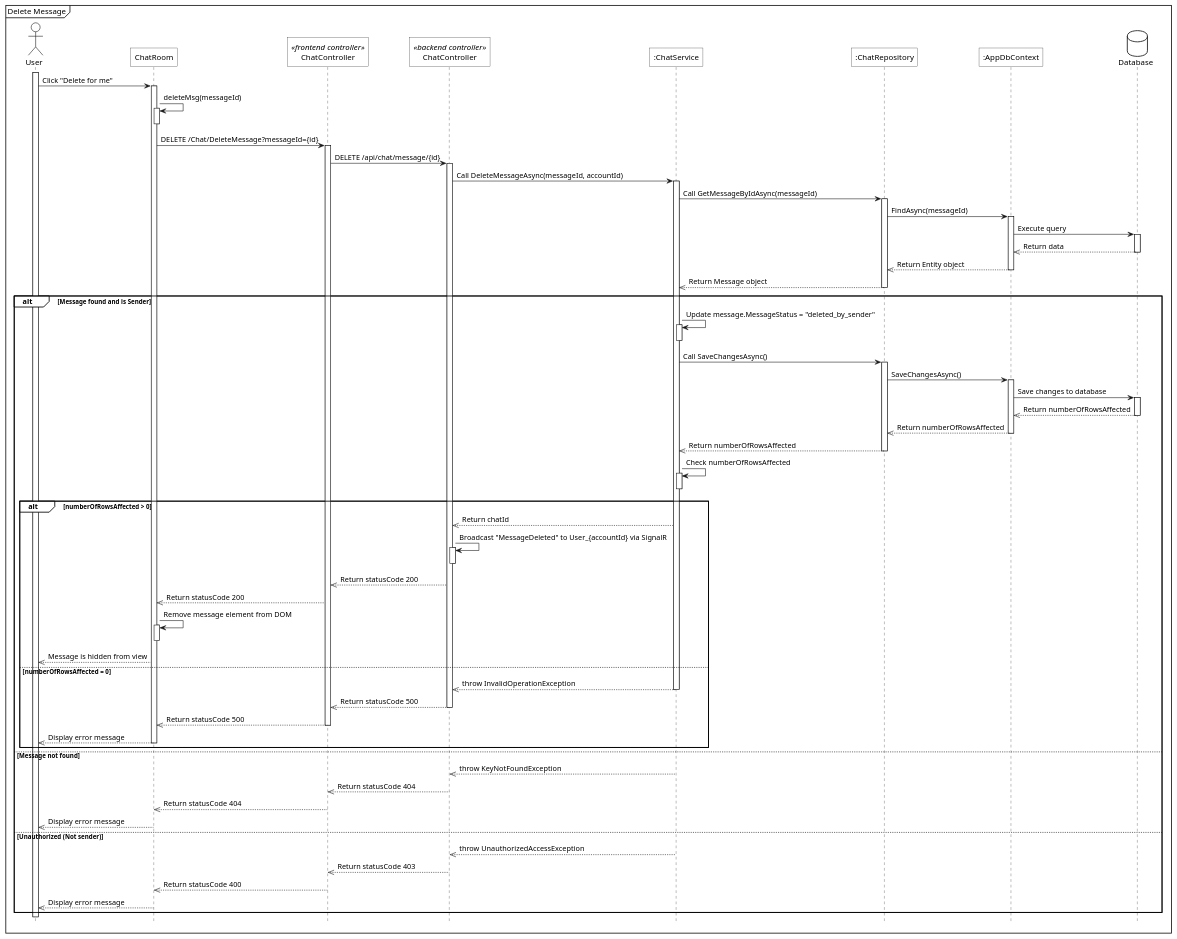
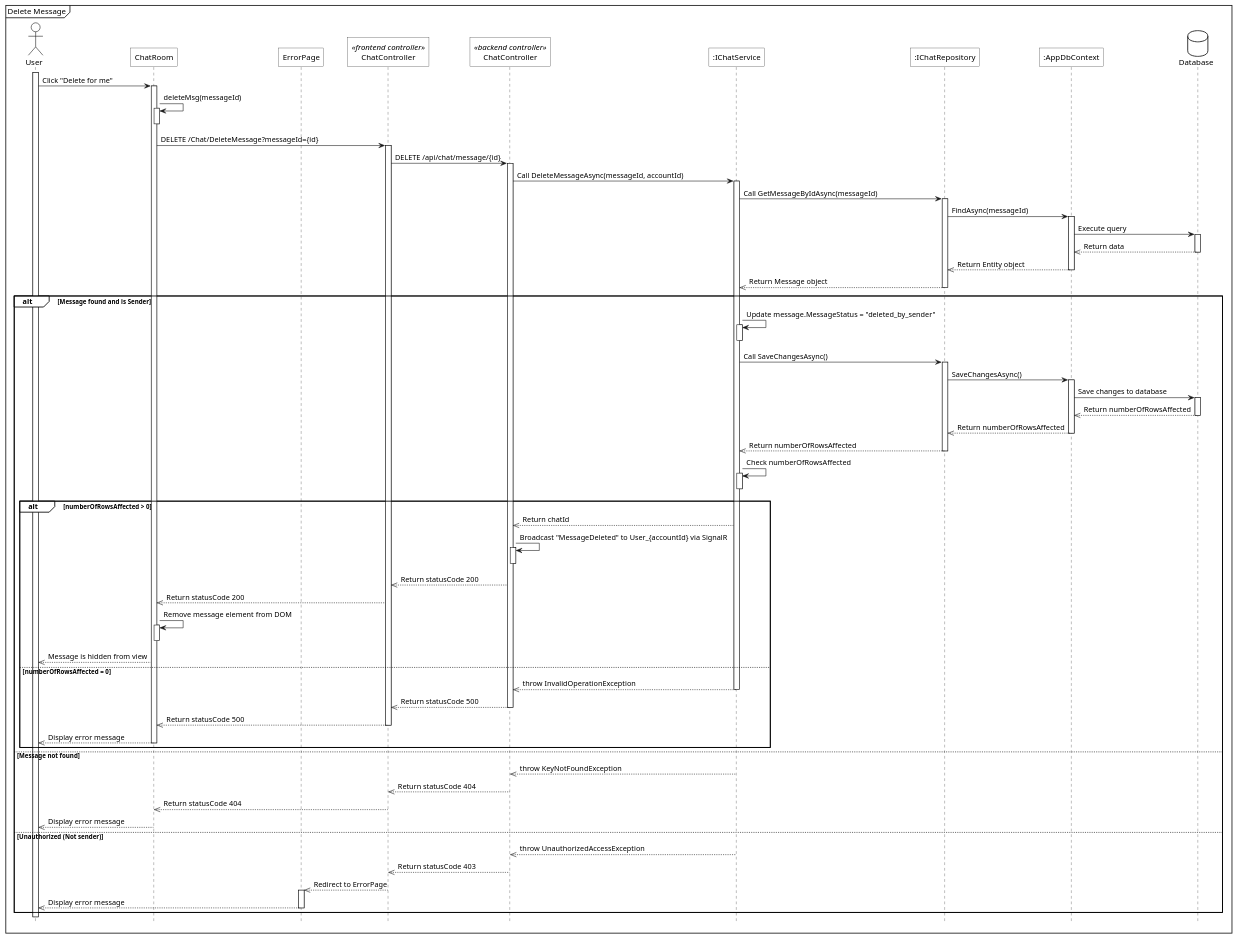
The diagram in diagrams/sequence/chat/sq_delete_message.plantuml (1000do/Linked), drawn with PlantUML before and after one commit. The commit also changed 24 other files, not shown here.

Commit message:
feat: generate sequence diagrams for system features and implement a migration script to standardize diagram naming and error handling patterns

```diff
--- a/diagrams/sequence/chat/sq_delete_message.plantuml
+++ b/diagrams/sequence/chat/sq_delete_message.plantuml
@@ -1,95 +1,96 @@
 @startuml
 <style>
     sequenceDiagram{
         actor{
             BackgroundColor white
             LineThickness 1.0
         }
         participant{
             BackgroundColor white
             RoundCorner 0
         }
         database{
             BackgroundColor white
         }
         groupHeader{
             BackgroundColor white
         }
         referenceHeader{
             BackgroundColor white
         }
         reference{
             BackgroundColor white
         }
     }
 </style>
 
 hide footbox
 mainframe Delete Message
 
 actor User as act
 participant "ChatRoom" as view
+participant "ErrorPage" as error_page
 participant "ChatController" as fe_ctrl <<frontend controller>>
 participant "ChatController" as be_ctrl <<backend controller>>
-participant ":ChatService" as sv
-participant ":ChatRepository" as repo
+participant ":IChatService" as sv
+participant ":IChatRepository" as repo
 participant ":AppDbContext" as ctx
 database Database as db
 
 act ++
 act -> view++: Click "Delete for me"
 view -> view++: deleteMsg(messageId)
 view--
 view -> fe_ctrl++: DELETE /Chat/DeleteMessage?messageId={id}
 fe_ctrl -> be_ctrl++: DELETE /api/chat/message/{id}
 be_ctrl -> sv++: Call DeleteMessageAsync(messageId, accountId)
 
 sv -> repo++: Call GetMessageByIdAsync(messageId)
 repo -> ctx++: FindAsync(messageId)
 ctx -> db++: Execute query
 db -->> ctx--: Return data
 ctx -->> repo--: Return Entity object
 repo -->> sv--: Return Message object
 
 alt Message found and is Sender
     sv -> sv++: Update message.MessageStatus = "deleted_by_sender"
     sv--
     sv -> repo++: Call SaveChangesAsync()
     repo -> ctx++: SaveChangesAsync()
     ctx -> db++: Save changes to database
     db -->> ctx--: Return numberOfRowsAffected
     ctx -->> repo--: Return numberOfRowsAffected
     repo -->> sv--: Return numberOfRowsAffected
     
     sv -> sv++: Check numberOfRowsAffected
     sv--
     
     alt numberOfRowsAffected > 0
         sv -->> be_ctrl: Return chatId
         
         be_ctrl -> be_ctrl++: Broadcast "MessageDeleted" to User_{accountId} via SignalR
         be_ctrl--
         
         be_ctrl -->> fe_ctrl: Return statusCode 200
         fe_ctrl -->> view: Return statusCode 200
         view -> view++: Remove message element from DOM
         view--
         view -->> act: Message is hidden from view
     else numberOfRowsAffected = 0
         sv -->> be_ctrl--: throw InvalidOperationException
         be_ctrl -->> fe_ctrl--: Return statusCode 500
         fe_ctrl -->> view--: Return statusCode 500
         view -->> act--: Display error message
     end
 else Message not found
     sv -->> be_ctrl: throw KeyNotFoundException
     be_ctrl -->> fe_ctrl: Return statusCode 404
     fe_ctrl -->> view: Return statusCode 404
     view -->> act: Display error message
 else Unauthorized (Not sender)
     sv -->> be_ctrl: throw UnauthorizedAccessException
     be_ctrl -->> fe_ctrl: Return statusCode 403
-    fe_ctrl -->> view: Return statusCode 400
-    view -->> act: Display error message
+    fe_ctrl-->>error_page++: Redirect to ErrorPage
+    error_page-->>act--: Display error message
 end
 @enduml
```
